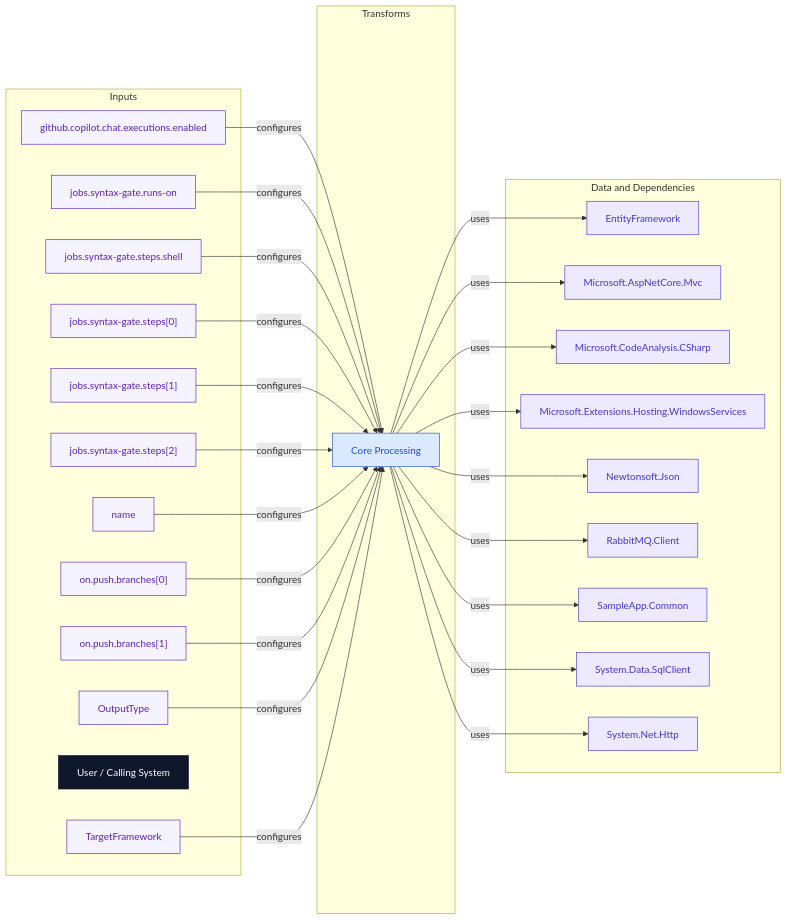
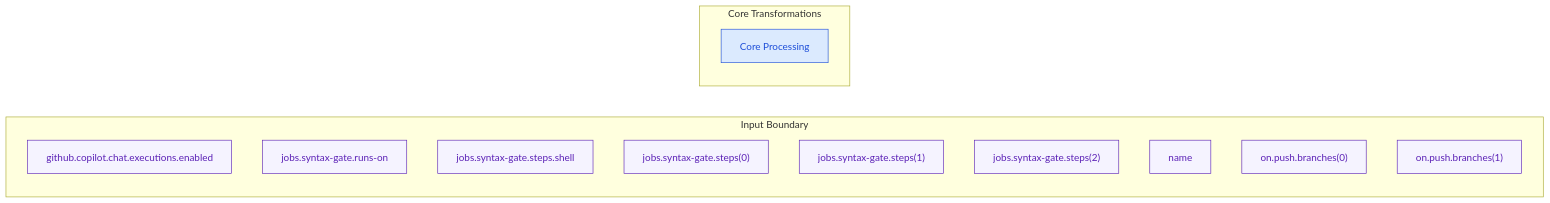
The diagram in docs/diagrams/data-lineage-core.md (HeWhoRoams/AppDoc), drawn with Mermaid before and after one commit. The commit also changed other lines of this file and 104 other files, not shown here.

````diff
--- a/docs/diagrams/data-lineage-core.md
+++ b/docs/diagrams/data-lineage-core.md
@@ -11,81 +11,36 @@
 ```mermaid
 flowchart LR
-    subgraph inputs["Inputs"]
+    %% Solid edges: runtime request/data flow. Dashed edges: structural/config/dependency links.
+    subgraph inputs["Input Boundary"]
+        config_github_copilot_chat_ex_3233c7ea["github.copilot.chat.executions.enabled"]
+        config_jobs_syntax_gate_runs_1cc1bd48["jobs.syntax-gate.runs-on"]
         config_jobs_syntax_gate_steps_b0ed346a["jobs.syntax-gate.steps.shell"]
-        config_on_push_branches_1_81342622["on.push.branches[1]"]
-        config_jobs_syntax_gate_steps_fea78b6a["jobs.syntax-gate.steps[2]"]
-        config_jobs_syntax_gate_steps_c21bece1["jobs.syntax-gate.steps[0]"]
-        config_jobs_syntax_gate_steps_f955e977["jobs.syntax-gate.steps[1]"]
-        config_outputtype_6b096b77["OutputType"]
-        config_targetframework_e88a9e43["TargetFramework"]
-        config_github_copilot_chat_ex_3233c7ea["github.copilot.chat.executions.enabled"]
-        config_on_push_branches_0_2a450bbd["on.push.branches[0]"]
+        config_jobs_syntax_gate_steps_c21bece1["jobs.syntax-gate.steps(0)"]
+        config_jobs_syntax_gate_steps_f955e977["jobs.syntax-gate.steps(1)"]
+        config_jobs_syntax_gate_steps_fea78b6a["jobs.syntax-gate.steps(2)"]
         config_name_6ae99955["name"]
-        actor_user_calling_system_16ed03d7["User / Calling System"]
-        config_jobs_syntax_gate_runs_1cc1bd48["jobs.syntax-gate.runs-on"]
+        config_on_push_branches_0_2a450bbd["on.push.branches(0)"]
+        config_on_push_branches_1_81342622["on.push.branches(1)"]
     end
-    subgraph processing["Transforms"]
+    subgraph processing["Core Transformations"]
         component_core_processing_6d28d771["Core Processing"]
     end
-    subgraph data["Data and Dependencies"]
-        dependency_entityframework_3a81b759["EntityFramework"]
-        dependency_microsoft_aspnetcore_m_5b325717["Microsoft.AspNetCore.Mvc"]
-        dependency_microsoft_codeanalysis_fd218333["Microsoft.CodeAnalysis.CSharp"]
-        dependency_microsoft_extensions_h_ebeb2ae5["Microsoft.Extensions.Hosting.WindowsServices"]
-        dependency_newtonsoft_json_9312eef4["Newtonsoft.Json"]
-        dependency_rabbitmq_client_db152832["RabbitMQ.Client"]
-        dependency_sampleapp_common_73198f78["SampleApp.Common"]
-        dependency_system_data_sqlclient_e3d7e359["System.Data.SqlClient"]
-        dependency_system_net_http_78413594["System.Net.Http"]
-    end
-    component_core_processing_6d28d771 -->|uses| dependency_entityframework_3a81b759
-    component_core_processing_6d28d771 -->|uses| dependency_microsoft_aspnetcore_m_5b325717
-    component_core_processing_6d28d771 -->|uses| dependency_microsoft_codeanalysis_fd218333
-    component_core_processing_6d28d771 -->|uses| dependency_microsoft_extensions_h_ebeb2ae5
-    component_core_processing_6d28d771 -->|uses| dependency_newtonsoft_json_9312eef4
-    component_core_processing_6d28d771 -->|uses| dependency_rabbitmq_client_db152832
-    component_core_processing_6d28d771 -->|uses| dependency_sampleapp_common_73198f78
-    component_core_processing_6d28d771 -->|uses| dependency_system_data_sqlclient_e3d7e359
-    component_core_processing_6d28d771 -->|uses| dependency_system_net_http_78413594
-    config_github_copilot_chat_ex_3233c7ea -->|configures| component_core_processing_6d28d771
-    config_jobs_syntax_gate_runs_1cc1bd48 -->|configures| component_core_processing_6d28d771
-    config_jobs_syntax_gate_steps_b0ed346a -->|configures| component_core_processing_6d28d771
-    config_jobs_syntax_gate_steps_c21bece1 -->|configures| component_core_processing_6d28d771
-    config_jobs_syntax_gate_steps_f955e977 -->|configures| component_core_processing_6d28d771
-    config_jobs_syntax_gate_steps_fea78b6a -->|configures| component_core_processing_6d28d771
-    config_name_6ae99955 -->|configures| component_core_processing_6d28d771
-    config_on_push_branches_0_2a450bbd -->|configures| component_core_processing_6d28d771
-    config_on_push_branches_1_81342622 -->|configures| component_core_processing_6d28d771
-    config_outputtype_6b096b77 -->|configures| component_core_processing_6d28d771
-    config_targetframework_e88a9e43 -->|configures| component_core_processing_6d28d771
+    class component_core_processing_6d28d771 component
+    class config_github_copilot_chat_ex_3233c7ea config
+    class config_jobs_syntax_gate_runs_1cc1bd48 config
     class config_jobs_syntax_gate_steps_b0ed346a config
+    class config_jobs_syntax_gate_steps_c21bece1 config
+    class config_jobs_syntax_gate_steps_f955e977 config
+    class config_jobs_syntax_gate_steps_fea78b6a config
+    class config_name_6ae99955 config
+    class config_on_push_branches_0_2a450bbd config
     class config_on_push_branches_1_81342622 config
-    class config_jobs_syntax_gate_steps_fea78b6a config
-    class config_jobs_syntax_gate_steps_c21bece1 config
-    class component_core_processing_6d28d771 component
-    class config_jobs_syntax_gate_steps_f955e977 config
-    class config_outputtype_6b096b77 config
-    class config_targetframework_e88a9e43 config
-    class config_github_copilot_chat_ex_3233c7ea config
-    class config_on_push_branches_0_2a450bbd config
-    class config_name_6ae99955 config
-    class actor_user_calling_system_16ed03d7 actor
-    class config_jobs_syntax_gate_runs_1cc1bd48 config
-    class dependency_entityframework_3a81b759 dependency
-    class dependency_microsoft_aspnetcore_m_5b325717 dependency
-    class dependency_microsoft_codeanalysis_fd218333 dependency
-    class dependency_microsoft_extensions_h_ebeb2ae5 dependency
-    class dependency_newtonsoft_json_9312eef4 dependency
-    class dependency_rabbitmq_client_db152832 dependency
-    class dependency_sampleapp_common_73198f78 dependency
-    class dependency_system_data_sqlclient_e3d7e359 dependency
-    class dependency_system_net_http_78413594 dependency
 classDef actor fill:#0f172a,stroke:#0f172a,color:#ffffff,stroke-width:1px
 classDef inbound fill:#dcfce7,stroke:#166534,color:#166534,stroke-width:1px
 classDef outbound fill:#ffedd5,stroke:#9a3412,color:#9a3412,stroke-width:1px
 classDef component fill:#dbeafe,stroke:#1d4ed8,color:#1d4ed8,stroke-width:1px
 classDef data fill:#fef9c3,stroke:#854d0e,color:#854d0e,stroke-width:1px
 classDef config fill:#f5f3ff,stroke:#5b21b6,color:#5b21b6,stroke-width:1px
 classDef external fill:#fee2e2,stroke:#991b1b,color:#991b1b,stroke-width:1px
 classDef dependency fill:#ede9fe,stroke:#4338ca,color:#4338ca,stroke-width:1px
 ```
````
